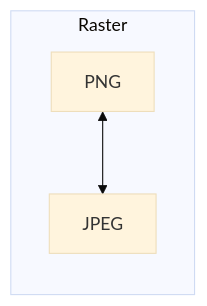
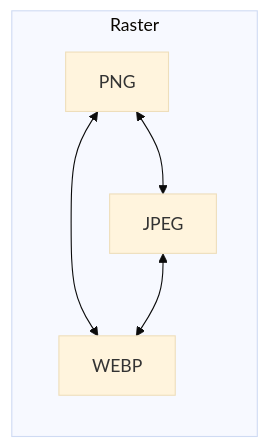
One commit to renja-g/convert changed the first of 2 diagrams in README.md. Above: the diagram before and after it, drawn with Mermaid (base theme). The commit also changed 9 other files, not shown here.

````diff
--- a/README.md
+++ b/README.md
@@ -6,12 +6,16 @@
 ```mermaid
 graph LR;
     subgraph Raster
         PNG;
         JPEG;
+        WEBP;
     end
 
     PNG <--> JPEG;
+    PNG <--> WEBP;
+    JPEG <--> WEBP;
 
     click PNG "https://en.wikipedia.org/wiki/Portable_Network_Graphics" "PNG Details"
     click JPEG "https://en.wikipedia.org/wiki/JPEG" "JPEG Details"
+    click WEBP "https://en.wikipedia.org/wiki/WebP" "WEBP Details"
 ```
````
